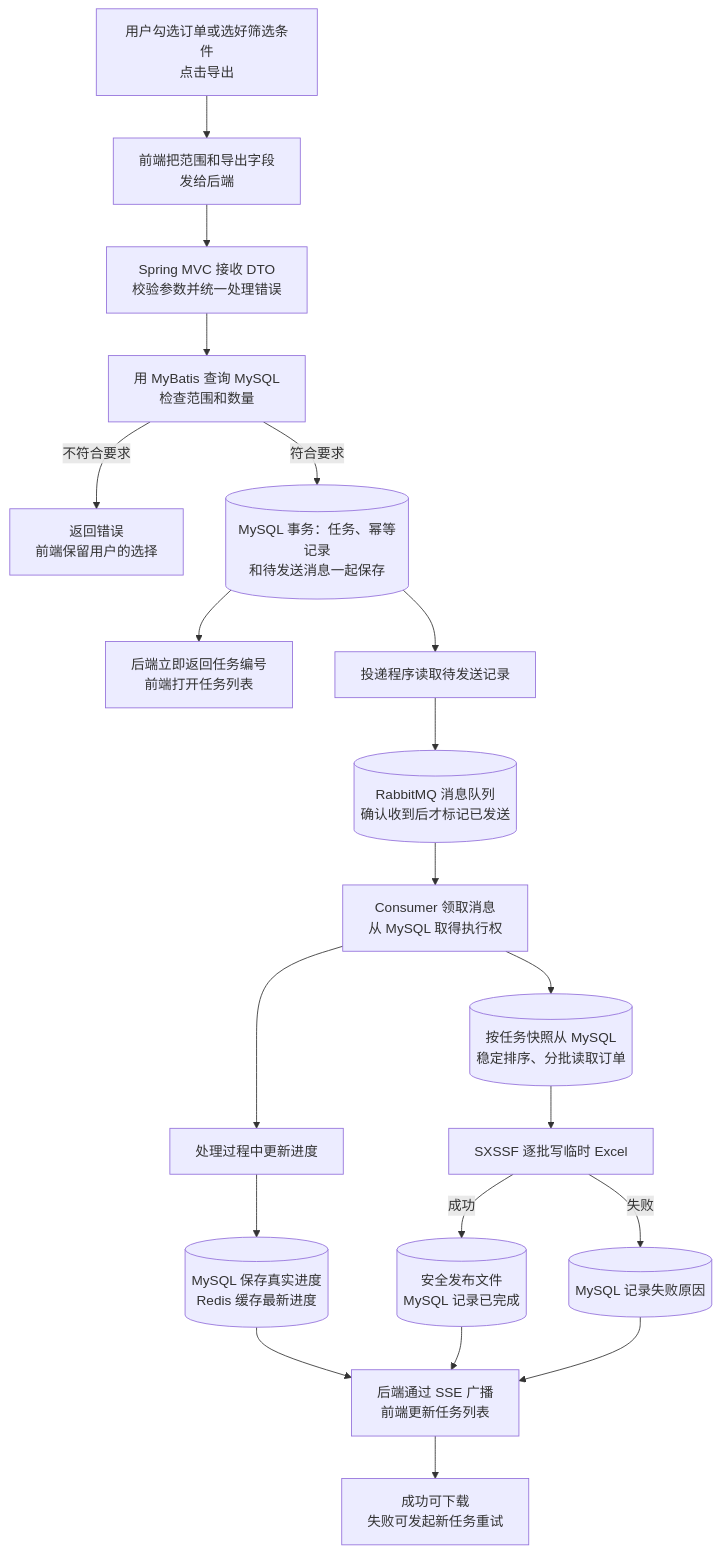
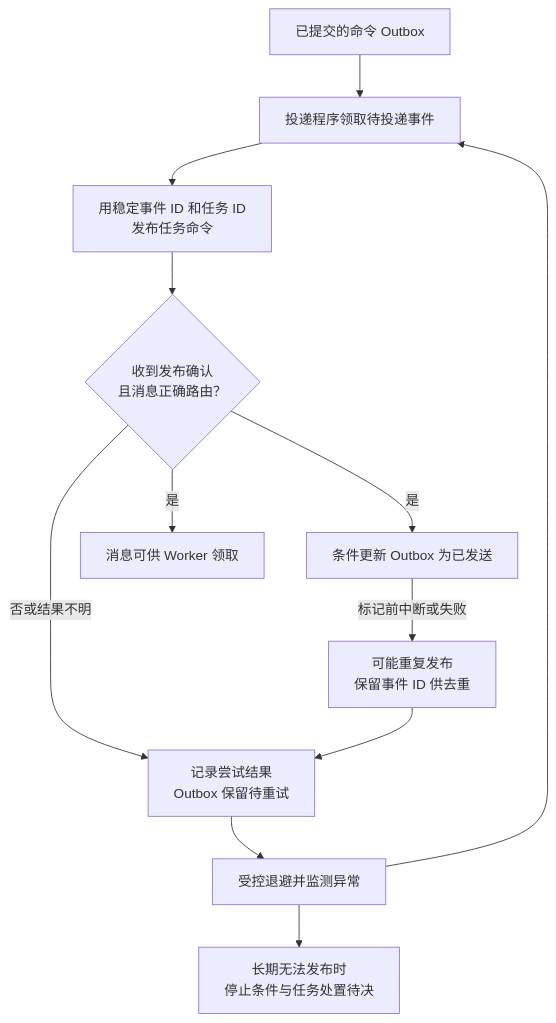
The third of 6 diagrams in DATA-FLOW.md (yxyxy666/export-flow), drawn with Mermaid before and after one commit. The commit also changed other lines of this file and 20 other files, not shown here.

````diff
--- a/DATA-FLOW.md
+++ b/DATA-FLOW.md
@@ -7,22 +120,14 @@
 ```mermaid
 flowchart TD
-  A[用户勾选订单或选好筛选条件<br/>点击导出] --> B[前端把范围和导出字段<br/>发给后端]
-  B --> C[Spring MVC 接收 DTO<br/>校验参数并统一处理错误]
-  C --> H[用 MyBatis 查询 MySQL<br/>检查范围和数量]
-  H -->|不符合要求| E[返回错误<br/>前端保留用户的选择]
-  H -->|符合要求| D[(MySQL 事务：任务、幂等记录<br/>和待发送消息一起保存)]
-  D --> R[后端立即返回任务编号<br/>前端打开任务列表]
-  D --> O[投递程序读取待发送记录]
-  O --> Q[(RabbitMQ 消息队列<br/>确认收到后才标记已发送)]
-  Q --> W[Consumer 领取消息<br/>从 MySQL 取得执行权]
-  W --> M[(按任务快照从 MySQL<br/>稳定排序、分批读取订单)]
-  M --> X[SXSSF 逐批写临时 Excel]
-  X -->|成功| S[(安全发布文件<br/>MySQL 记录已完成)]
-  X -->|失败| F[(MySQL 记录失败原因)]
-  W --> P[处理过程中更新进度]
-  P --> N[(MySQL 保存真实进度<br/>Redis 缓存最新进度)]
-  N --> T[后端通过 SSE 广播<br/>前端更新任务列表]
-  S --> T
-  F --> T
-  T --> Z[成功可下载<br/>失败可发起新任务重试]
+  A[已提交的命令 Outbox] --> B[投递程序领取待投递事件]
+  B --> C[用稳定事件 ID 和任务 ID<br/>发布任务命令]
+  C --> D{收到发布确认<br/>且消息正确路由？}
+  D -->|否或结果不明| H[记录尝试结果<br/>Outbox 保留待重试]
+  H --> W[受控退避并监测异常]
+  W --> B
+  W --> TBD[长期无法发布时<br/>停止条件与任务处置待决]
+  D -->|是| M[条件更新 Outbox 为已发送]
+  D -->|是| Q[消息可供 Worker 领取]
+  M -->|标记前中断或失败| DUP[可能重复发布<br/>保留事件 ID 供去重]
+  DUP --> H
 ```
````
